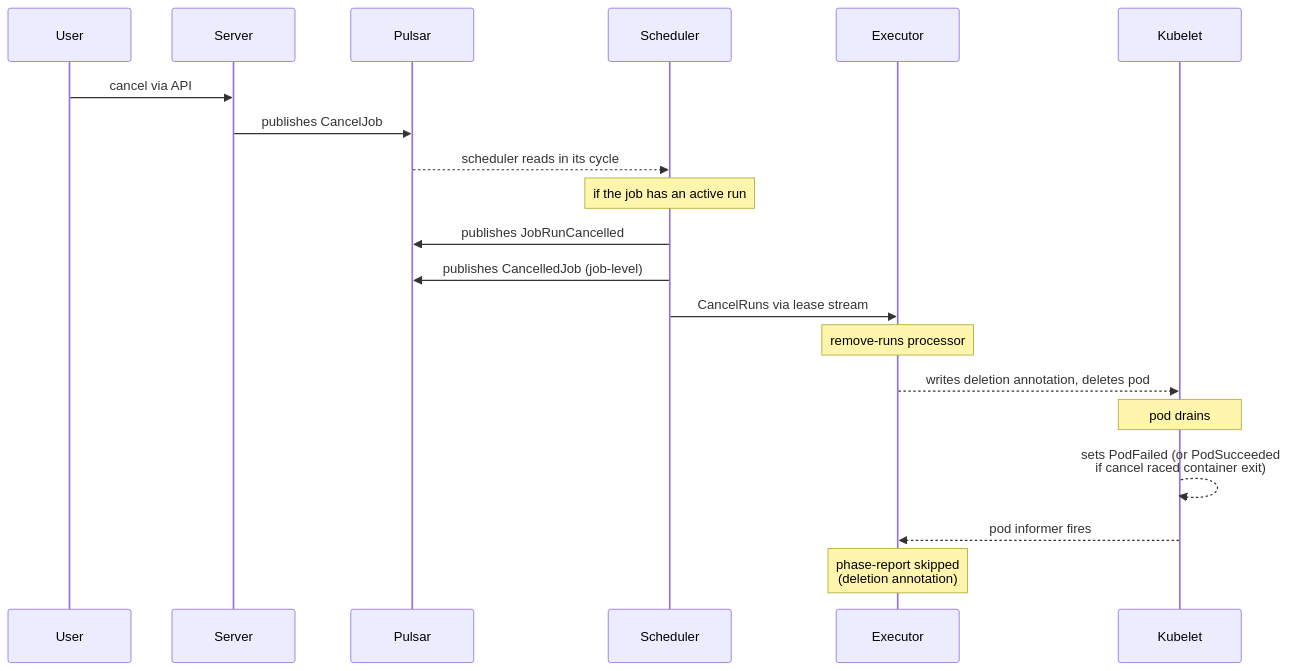
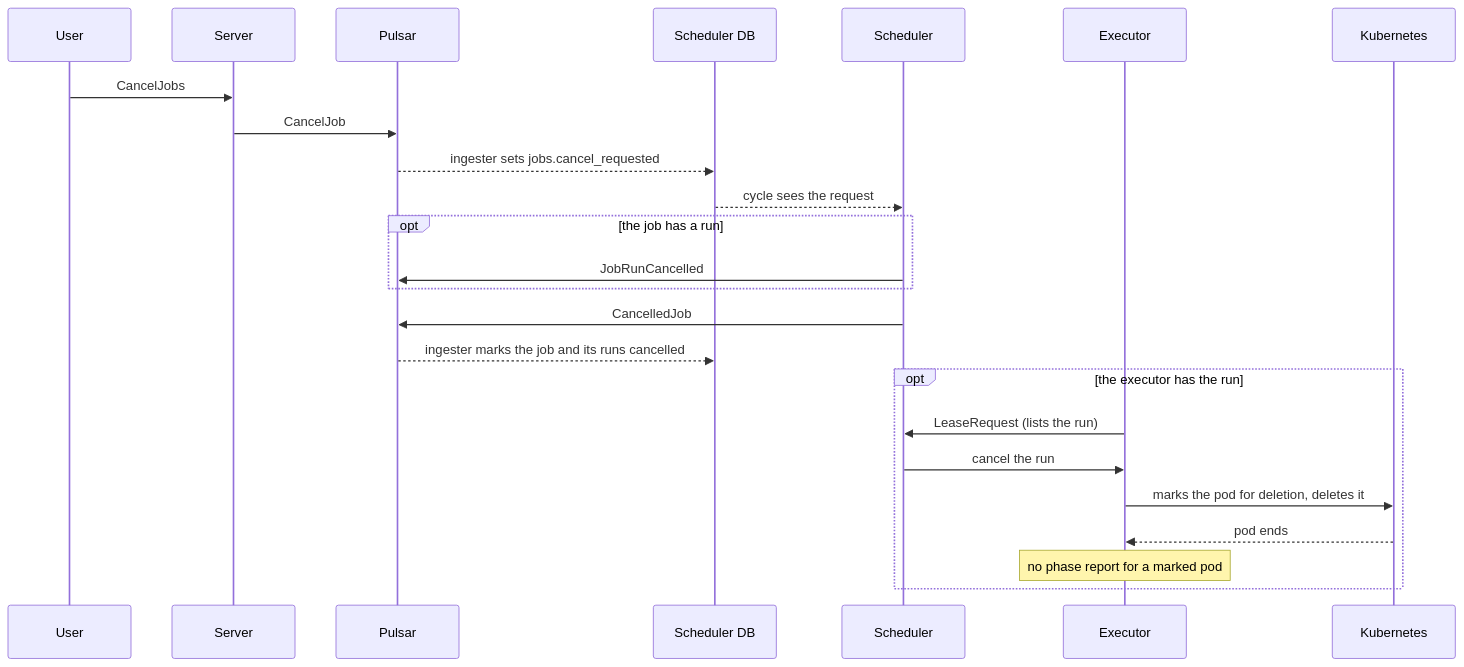
Before and after one commit to armadaproject/armada: the tenth of 11 diagrams in docs/developer/job-lifecycle-events.md, drawn with Mermaid. The commit also changed other lines of this file, not shown here.

First line of the commit message:
Correct and restructure the job lifecycle events doc (#5347)

````diff
--- a/docs/developer/job-lifecycle-events.md
+++ b/docs/developer/job-lifecycle-events.md
@@ -428,22 +594,26 @@
 ```mermaid
 sequenceDiagram
     participant U as User
     participant S as Server
     participant P as Pulsar
+    participant Pg as Scheduler DB
     participant Sc as Scheduler
     participant E as Executor
-    participant K as Kubelet
-    U->>S: cancel via API
-    S->>P: publishes CancelJob
-    P-->>Sc: scheduler reads in its cycle
-    Note over Sc: if the job has an active run
-    Sc->>P: publishes JobRunCancelled
-    Sc->>P: publishes CancelledJob (job-level)
-    Sc->>E: CancelRuns via lease stream
-    Note over E: remove-runs processor
-    E-->>K: writes deletion annotation, deletes pod
-    Note over K: pod drains
-    K-->>K: sets PodFailed (or PodSucceeded<br/>if cancel raced container exit)
-    K-->>E: pod informer fires
-    Note over E: phase-report skipped<br/>(deletion annotation)
+    participant K as Kubernetes
+    U->>S: CancelJobs
+    S->>P: CancelJob
+    P-->>Pg: ingester sets jobs.cancel_requested
+    Pg-->>Sc: cycle sees the request
+    opt the job has a run
+        Sc->>P: JobRunCancelled
+    end
+    Sc->>P: CancelledJob
+    P-->>Pg: ingester marks the job and its runs cancelled
+    opt the executor has the run
+        E->>Sc: LeaseRequest (lists the run)
+        Sc->>E: cancel the run
+        E->>K: marks the pod for deletion, deletes it
+        K-->>E: pod ends
+        Note over E: no phase report for a marked pod
+    end
 ```
````
